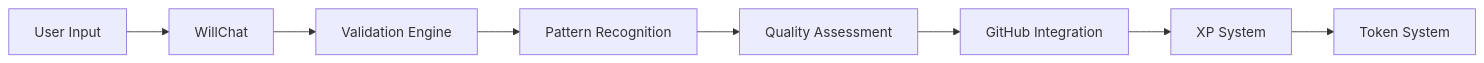
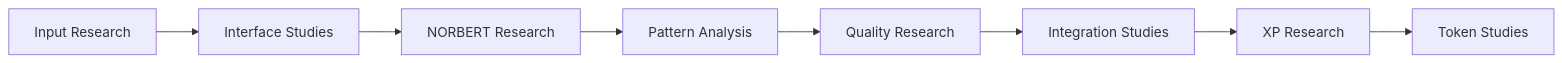
Before and after one commit to skenai/WILL: the diagram in wiki/Technical-Implementation.md, drawn with Mermaid. The commit also changed other lines of this file and 131 other files, not shown here.

````diff
--- a/wiki/Technical-Implementation.md
+++ b/wiki/Technical-Implementation.md
@@ -27,10 +52,10 @@
 ```mermaid
 graph LR
-    A[User Input] --> B[WillChat]
-    B --> C[Validation Engine]
-    C --> D[Pattern Recognition]
-    D --> E[Quality Assessment]
-    E --> F[GitHub Integration]
-    F --> G[XP System]
-    G --> H[Token System]
+    A[Input Research] --> B[Interface Studies]
+    B --> C[NORBERT Research]
+    C --> D[Pattern Analysis]
+    D --> E[Quality Research]
+    E --> F[Integration Studies]
+    F --> G[XP Research]
+    G --> H[Token Studies]
 ```
````
